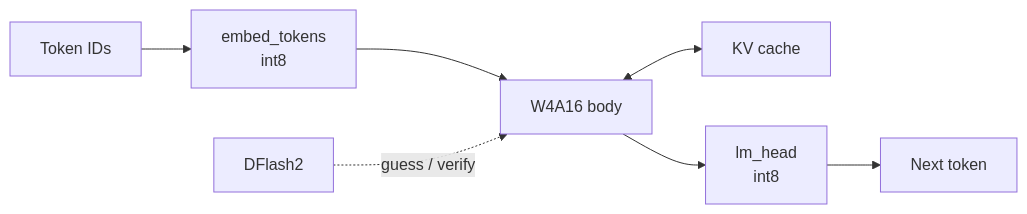
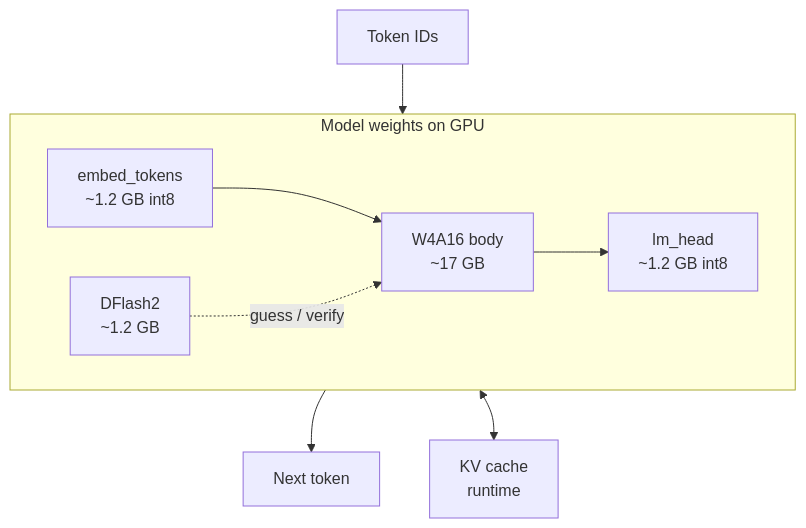
The diagram in README.md (Vince-0/AdventuresInAICoding5), drawn with Mermaid before and after one commit. The commit also changed other lines of this file, not shown here.

Commit message:
Enrich the HyperQwen mermaid with sizes and a weights frame.
Show approximate stored sizes for embed, body, lm_head, and DFlash2 inside a Model weights on GPU subgraph.

````diff
--- a/README.md
+++ b/README.md
@@ -24,9 +24,19 @@
 ```mermaid
-flowchart LR
-  T[Token IDs] --> E[embed_tokens<br/>int8]
-  E --> B[W4A16 body]
-  B <--> KV[KV cache]
-  B --> H[lm_head<br/>int8]
-  H --> Y[Next token]
-  D[DFlash2] -.->|guess / verify| B
+flowchart TB
+  T[Token IDs]
+
+  subgraph weights["Model weights on GPU"]
+    direction LR
+    E["embed_tokens<br/>~1.2 GB int8"]
+    B["W4A16 body<br/>~17 GB"]
+    H["lm_head<br/>~1.2 GB int8"]
+    D["DFlash2<br/>~1.2 GB"]
+  end
+
+  KV["KV cache<br/>runtime"]
+  Y[Next token]
+
+  T --> E --> B --> H --> Y
+  B <--> KV
+  D -.->|guess / verify| B
 ```
````
